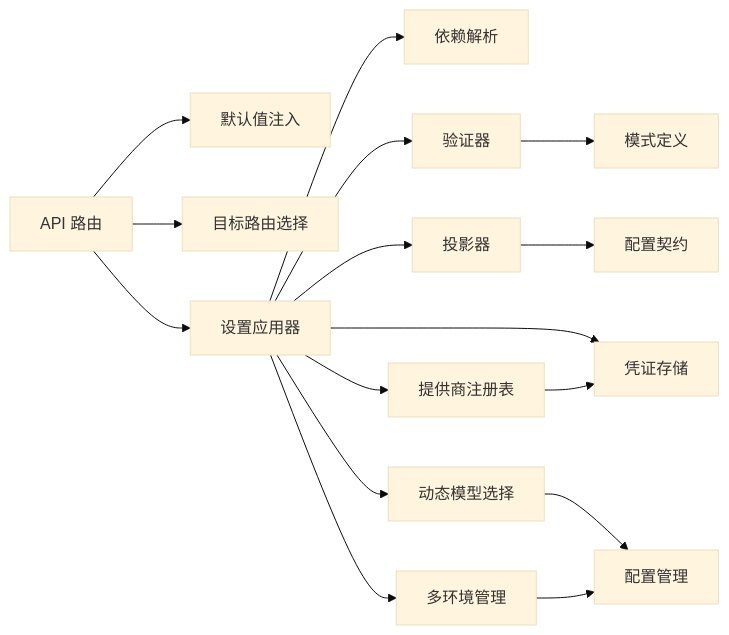
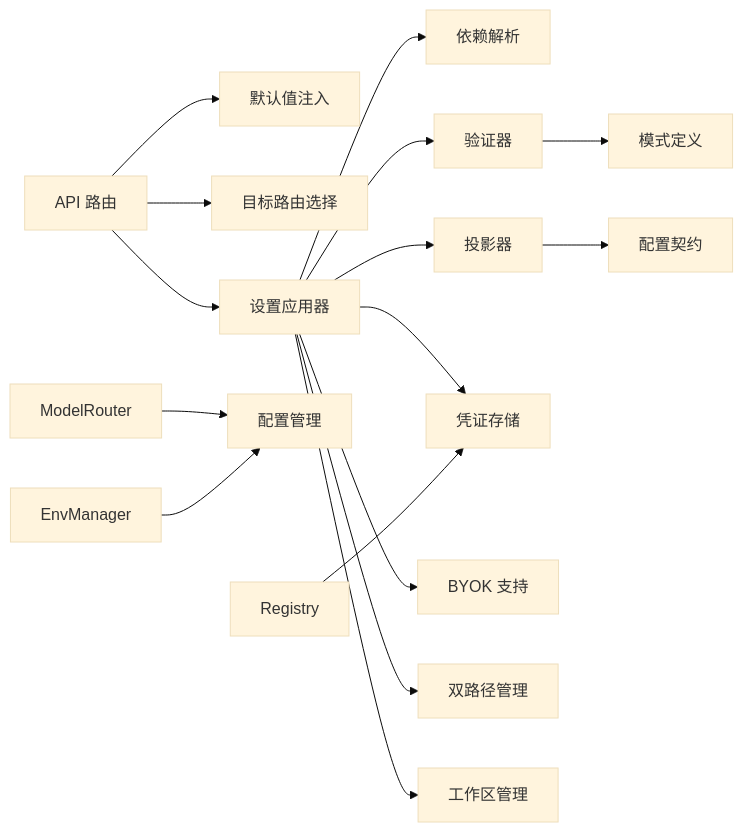
Before and after one commit to scottcwy/PurpleInk: the sixth of 6 diagrams in .qoder/repowiki/zh/content/AI系统集成/提供商设置管理.md, drawn with Mermaid (base theme). The commit also changed other lines of this file and 37 other files, not shown here.

````diff
--- a/.qoder/repowiki/zh/content/AI系统集成/提供商设置管理.md
+++ b/.qoder/repowiki/zh/content/AI系统集成/提供商设置管理.md
@@ -417,18 +560,18 @@
 ```mermaid
 graph LR
 API["API 路由"] --> Defaults["默认值注入"]
 API --> Target["目标路由选择"]
 API --> Apply["设置应用器"]
 Apply --> Deps["依赖解析"]
 Apply --> Val["验证器"]
 Apply --> Proj["投影器"]
 Apply --> Store["凭证存储"]
-Apply --> ModelRouter["动态模型选择"]
-Apply --> EnvManager["多环境管理"]
-Apply --> Registry["提供商注册表"]
+Apply --> BYOK["BYOK 支持"]
+Apply --> DualPath["双路径管理"]
+Apply --> Workspace["工作区管理"]
 Val --> Schemas["模式定义"]
 Proj --> Contract["配置契约"]
 ModelRouter --> Config["配置管理"]
 EnvManager --> Config
 Registry --> Store
 ```
````
